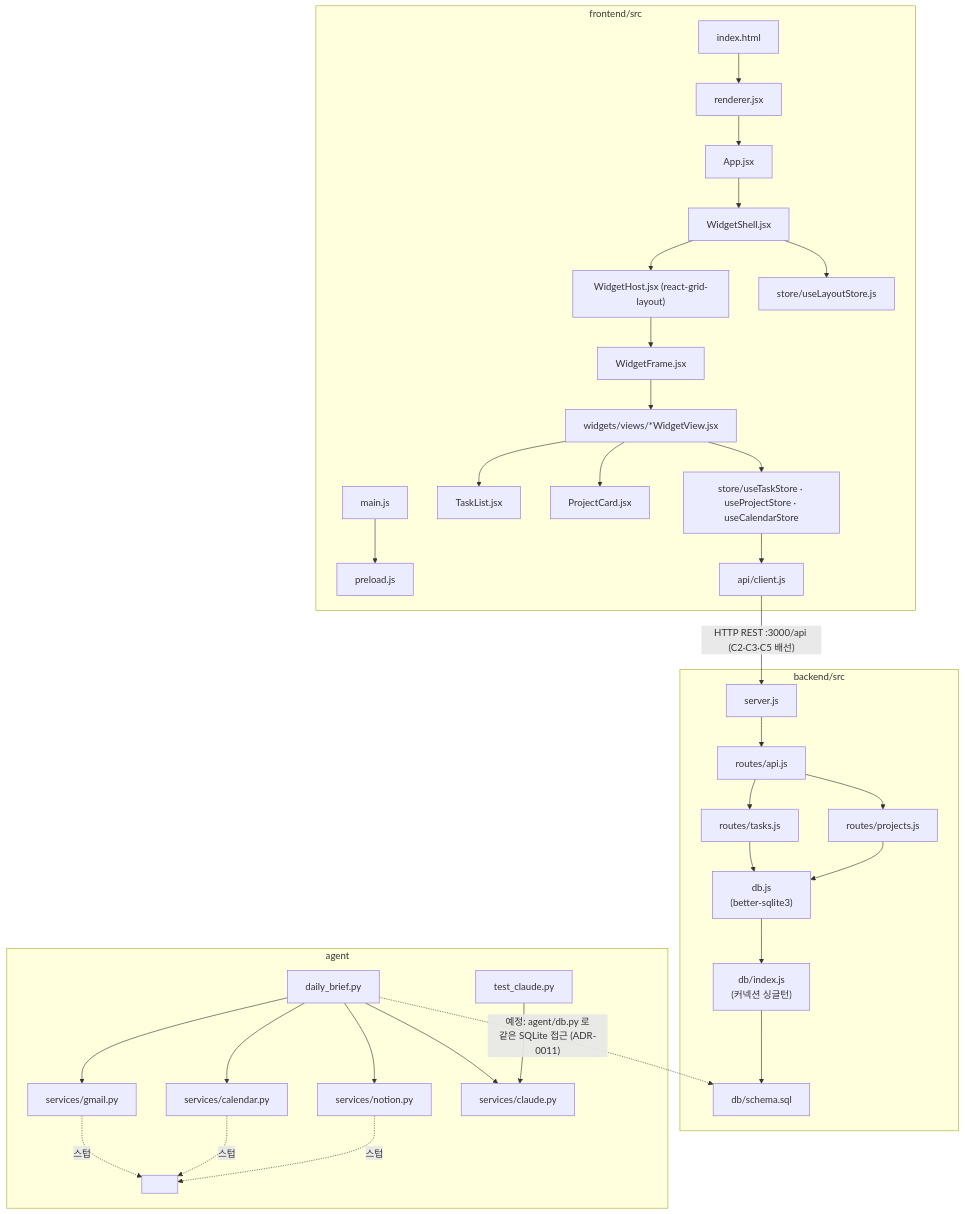
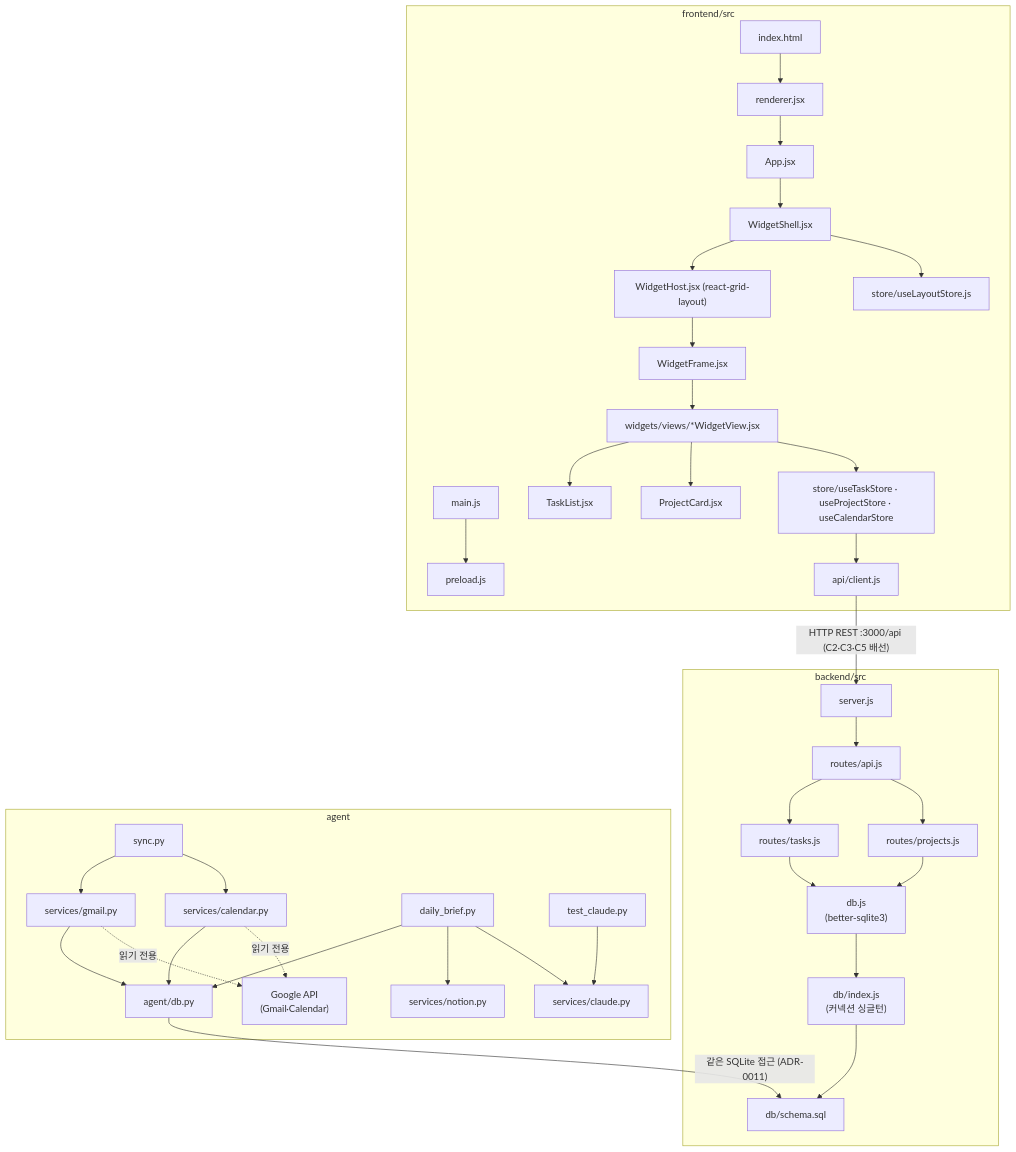
The diagram in docs/product/vision/AS_IS.md (gamercross/my-setup-proj), drawn with Mermaid before and after one commit. The commit also changed other lines of this file and 35 other files, not shown here.

First line of the commit message:
feat(agent): Phase D2-b — Google OAuth + Gmail/Calendar 실 수집

````diff
--- a/docs/product/vision/AS_IS.md
+++ b/docs/product/vision/AS_IS.md
@@ -95,41 +95,43 @@
 ```mermaid
 flowchart TB
   subgraph FE["frontend/src"]
     MAIN["main.js"] --> PRE["preload.js"]
     IDX["index.html"] --> RJX["renderer.jsx"]
     RJX --> APP["App.jsx"]
     APP --> SHELL["WidgetShell.jsx"]
     SHELL --> HOST["WidgetHost.jsx (react-grid-layout)"]
     HOST --> FRAME["WidgetFrame.jsx"]
     FRAME --> VIEWS["widgets/views/*WidgetView.jsx"]
     VIEWS --> TL["TaskList.jsx"]
     VIEWS --> PC["ProjectCard.jsx"]
     SHELL --> LST["store/useLayoutStore.js"]
     VIEWS --> DST["store/useTaskStore · useProjectStore · useCalendarStore"]
     DST --> CLI["api/client.js"]
   end
 
   subgraph BE["backend/src"]
     SRV["server.js"] --> AR["routes/api.js"]
     AR --> TR["routes/tasks.js"]
     AR --> PR["routes/projects.js"]
     TR --> DBJS["db.js<br/>(better-sqlite3)"]
     PR --> DBJS
     DBJS --> DBIDX["db/index.js<br/>(커넥션 싱글턴)"]
     DBIDX --> SCHEMA["db/schema.sql"]
   end
 
   subgraph AGT["agent"]
-    DBF["daily_brief.py"] --> SGM["services/gmail.py"]
-    DBF --> SCA["services/calendar.py"]
+    SYNC["sync.py"] --> SGM["services/gmail.py"]
+    SYNC --> SCA["services/calendar.py"]
+    SGM --> ADB["agent/db.py"]
+    SCA --> ADB
+    DBF["daily_brief.py"] --> ADB
     DBF --> SNO["services/notion.py"]
     DBF --> SCL["services/claude.py"]
     TCL["test_claude.py"] --> SCL
-    SGM -. "스텁" .-> X1[" "]
-    SCA -. "스텁" .-> X1
-    SNO -. "스텁" .-> X1
+    SGM -. "읽기 전용" .-> GAPI["Google API<br/>(Gmail·Calendar)"]
+    SCA -. "읽기 전용" .-> GAPI
   end
 
   CLI -->|"HTTP REST :3000/api (C2·C3·C5 배선)"| SRV
-  DBF -. "예정: agent/db.py 로<br/>같은 SQLite 접근 (ADR-0011)" .-> SCHEMA
+  ADB -->|"같은 SQLite 접근 (ADR-0011)"| SCHEMA
 ```
````
